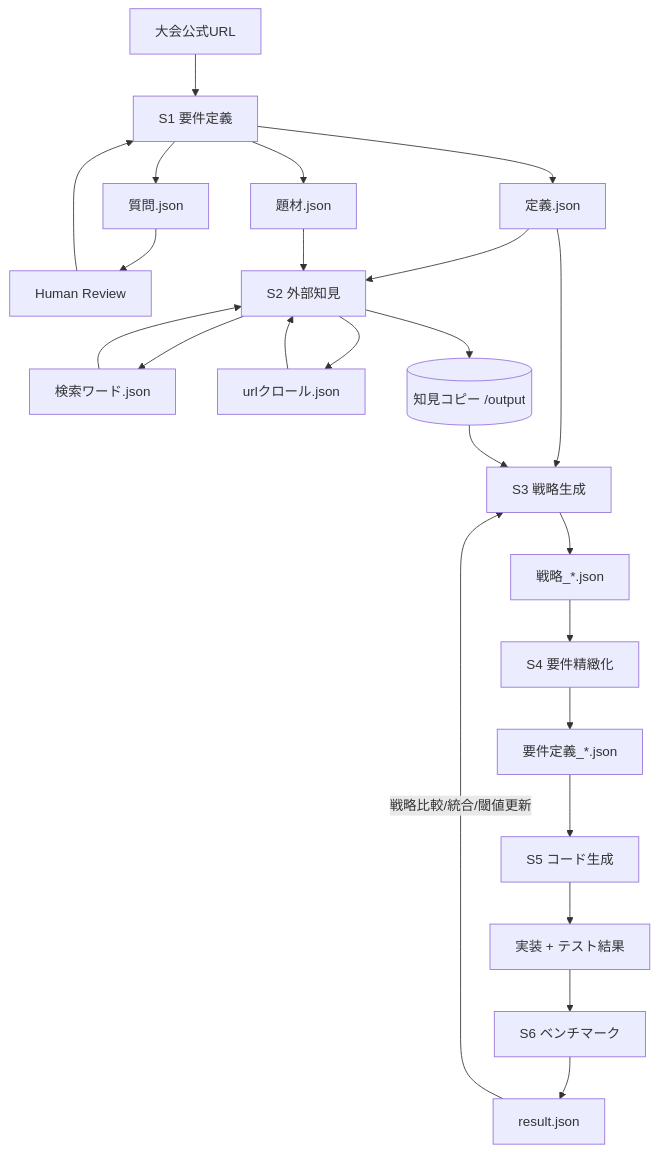
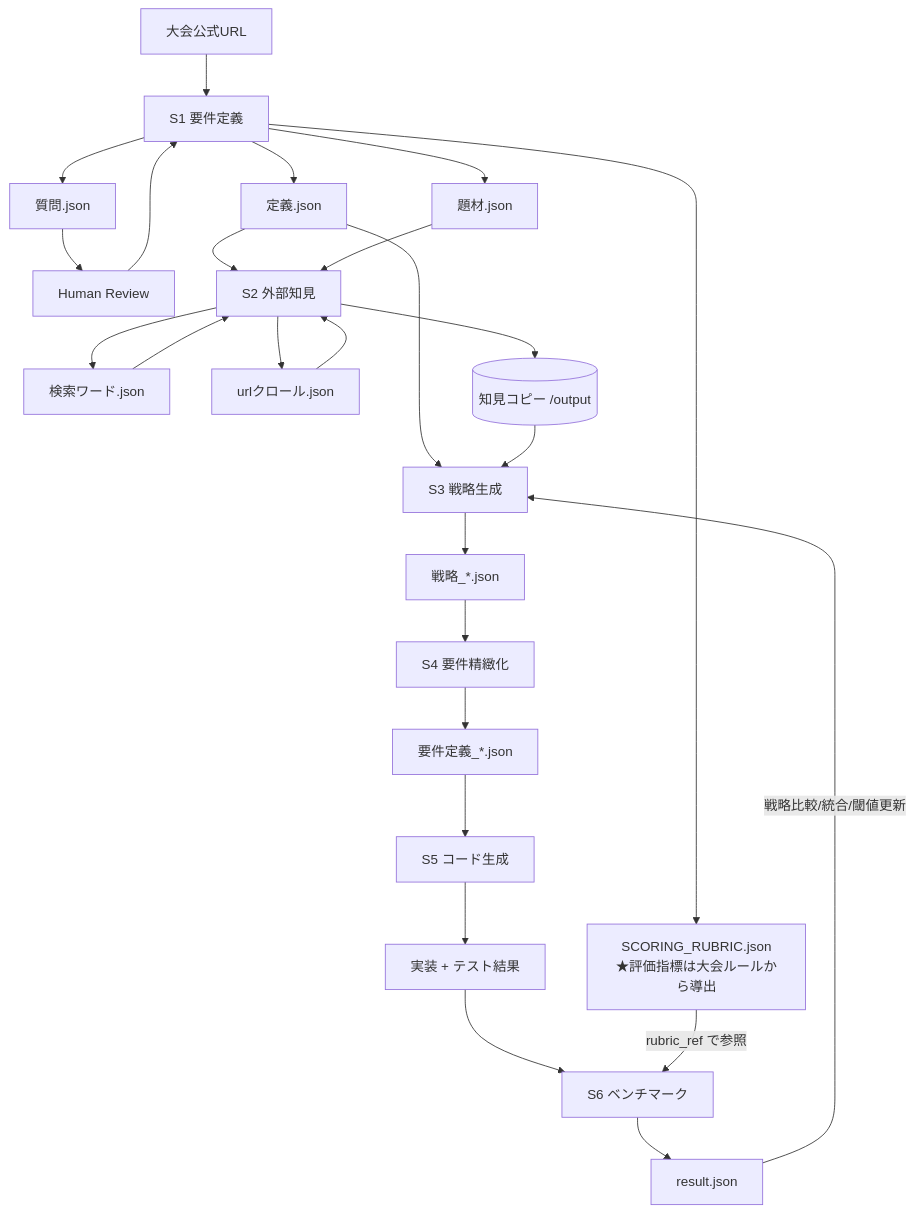
The third of 3 diagrams in docs/architecture.md (hirorogo/Taikai-killer), drawn with Mermaid before and after one commit. The commit also changed other lines of this file and 1 other file, not shown here.

First line of the commit message:
Add provenance chain to data contracts; S1-derived scoring rubric (D3)

````diff
--- a/docs/architecture.md
+++ b/docs/architecture.md
@@ -106,21 +106,23 @@
 ```mermaid
 flowchart TD
   URL[大会公式URL] --> S1
   S1[S1 要件定義] --> Q[質問.json]
   S1 --> DEF[定義.json]
   S1 --> SUB[題材.json]
+  S1 --> RUB[SCORING_RUBRIC.json<br/>★評価指標は大会ルールから導出]
   Q --> HR[Human Review] --> S1
 
   DEF & SUB --> S2[S2 外部知見]
   S2 --> KW[検索ワード.json]
   KW --> S2
   S2 --> CR[urlクロール.json]
   CR --> S2
   S2 --> KN[(知見コピー /output)]
 
   DEF & KN --> S3[S3 戦略生成] --> STR[戦略_*.json]
   STR --> S4[S4 要件精緻化] --> REQ[要件定義_*.json]
   REQ --> S5[S5 コード生成] --> CODE[実装 + テスト結果]
   CODE --> S6[S6 ベンチマーク] --> RES[result.json]
+  RUB -->|rubric_ref で参照| S6
   RES -->|戦略比較/統合/閾値更新| S3
 ```
````
